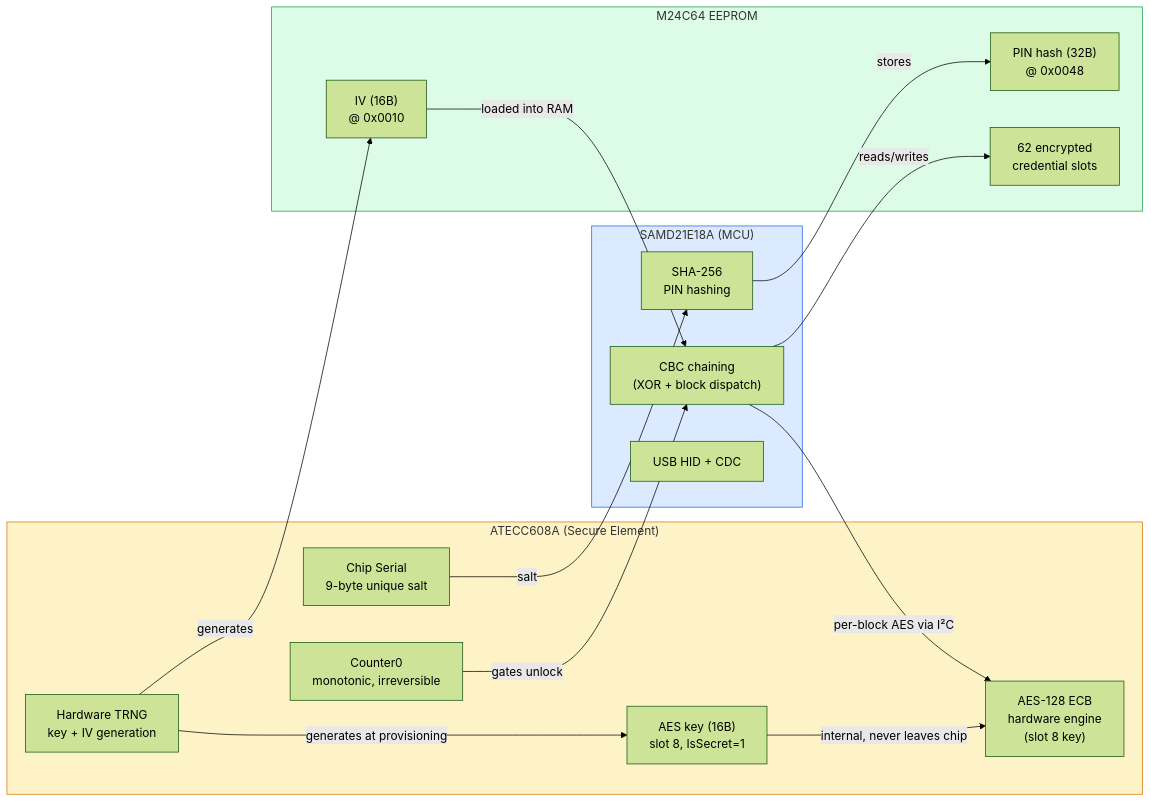
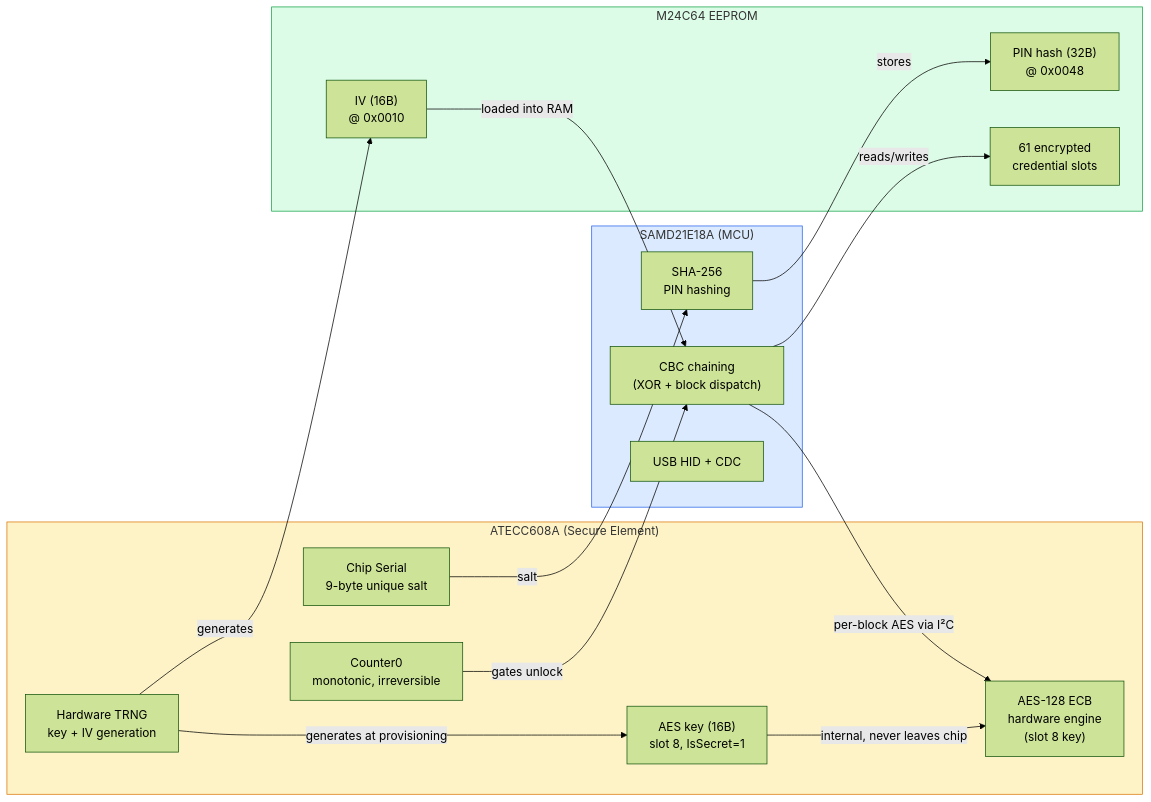
The first of 2 diagrams in firmware/security/index.mdx (Depbit-lab/docsZerokeyUSB), drawn with Mermaid (forest theme) before and after one commit. The commit also changed other lines of this file and 25 other files, not shown here.

````diff
--- a/firmware/security/index.mdx
+++ b/firmware/security/index.mdx
@@ -19,36 +19,36 @@
 ```mermaid
 graph LR
     subgraph MCU["SAMD21E18A (MCU)"]
         CBC["CBC chaining\n(XOR + block dispatch)"]
         SHA["SHA-256\nPIN hashing"]
         USB["USB HID + CDC"]
     end
 
     subgraph SE["ATECC608A (Secure Element)"]
         TRNG["Hardware TRNG\nkey + IV generation"]
         AESHW["AES-128 ECB\nhardware engine\n(slot 8 key)"]
         KEY["AES key (16B)\nslot 8, IsSecret=1"]
         CNT["Counter0\nmonotonic, irreversible"]
         SER["Chip Serial\n9-byte unique salt"]
     end
 
     subgraph MEM["M24C64 EEPROM"]
         IV["IV (16B)\n@ 0x0010"]
         HASH["PIN hash (32B)\n@ 0x0048"]
-        CRED["62 encrypted\ncredential slots"]
+        CRED["61 encrypted\ncredential slots"]
     end
 
     TRNG -->|"generates at provisioning"| KEY
     KEY -->|"internal, never leaves chip"| AESHW
     TRNG -->|"generates"| IV
     SER -->|"salt"| SHA
     SHA -->|"stores"| HASH
     CNT -->|"gates unlock"| CBC
     IV -->|"loaded into RAM"| CBC
     CBC -->|"per-block AES via I²C"| AESHW
     CBC -->|"reads/writes"| CRED
 
     style MCU fill:#dbeafe,stroke:#2563eb
     style SE fill:#fef3c7,stroke:#d97706
     style MEM fill:#dcfce7,stroke:#16a34a
 ```
````
